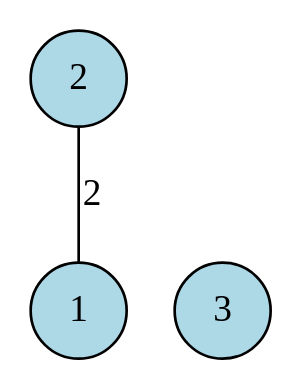
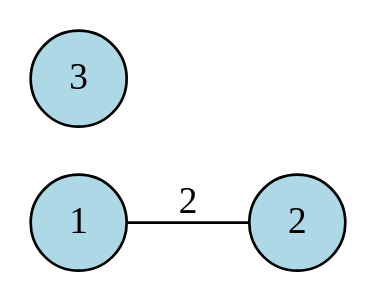
One commit to jpmedras/attemps_net changed the diagram in data/examples/graph_g.dot. Above: the diagram before and after it, drawn with Graphviz. The commit also changed 12 other files, not shown here.

```diff
--- a/data/examples/graph_g.dot
+++ b/data/examples/graph_g.dot
@@ -1,7 +1,7 @@
 strict graph "G" {
-rankdir=BT;
+rankdir=LR;
 1 [size=2, neighborhood="['A', 'B']", shape=circle, style=filled, fillcolor=lightblue];
 2 [size=3, neighborhood="['A', 'B', 'C']", shape=circle, style=filled, fillcolor=lightblue];
 3 [size=2, neighborhood="['C', 'D']", shape=circle, style=filled, fillcolor=lightblue];
 1 -- 2 [weight=2, label=2];
 }
```
